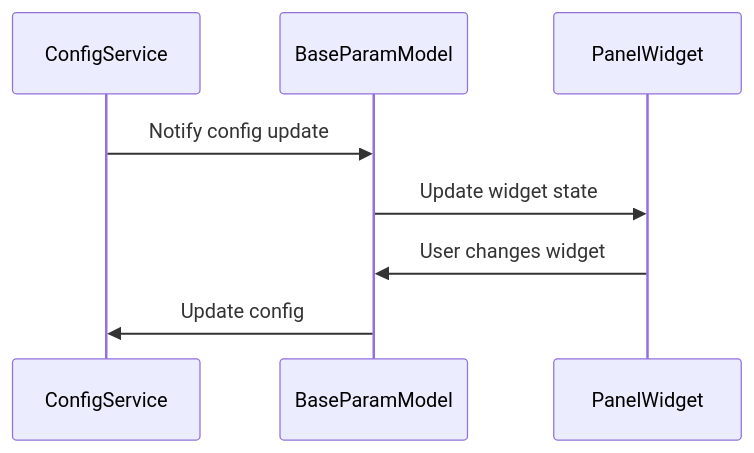
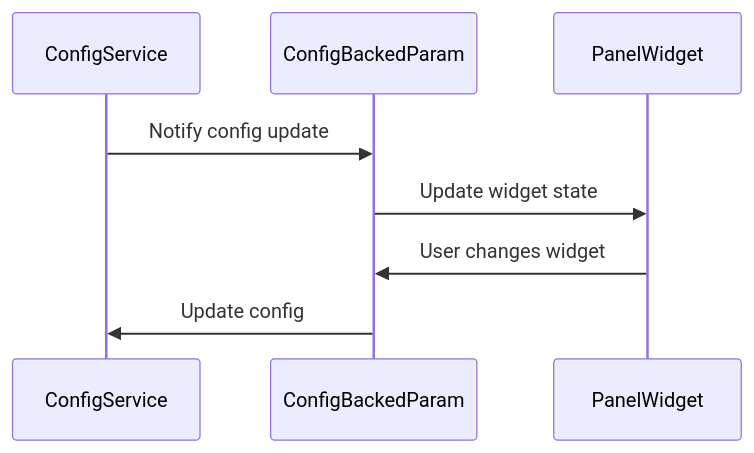
The fifth of 7 diagrams in docs/developer/design/dashboard-architecture.md (scipp/beamlime), drawn with Mermaid before and after one commit. The commit also changed other lines of this file, not shown here.

Commit message:
Improve main diagram, remove confusing one

````diff
--- a/docs/developer/design/dashboard-architecture.md
+++ b/docs/developer/design/dashboard-architecture.md
@@ -275,11 +229,11 @@
 ```mermaid
 sequenceDiagram
     participant ConfigService
-    participant BaseParamModel
+    participant ConfigBackedParam
     participant PanelWidget
 
-    ConfigService->>BaseParamModel: Notify config update
-    BaseParamModel->>PanelWidget: Update widget state
-    PanelWidget->>BaseParamModel: User changes widget
-    BaseParamModel->>ConfigService: Update config
+    ConfigService->>ConfigBackedParam: Notify config update
+    ConfigBackedParam->>PanelWidget: Update widget state
+    PanelWidget->>ConfigBackedParam: User changes widget
+    ConfigBackedParam->>ConfigService: Update config
 ```
````
